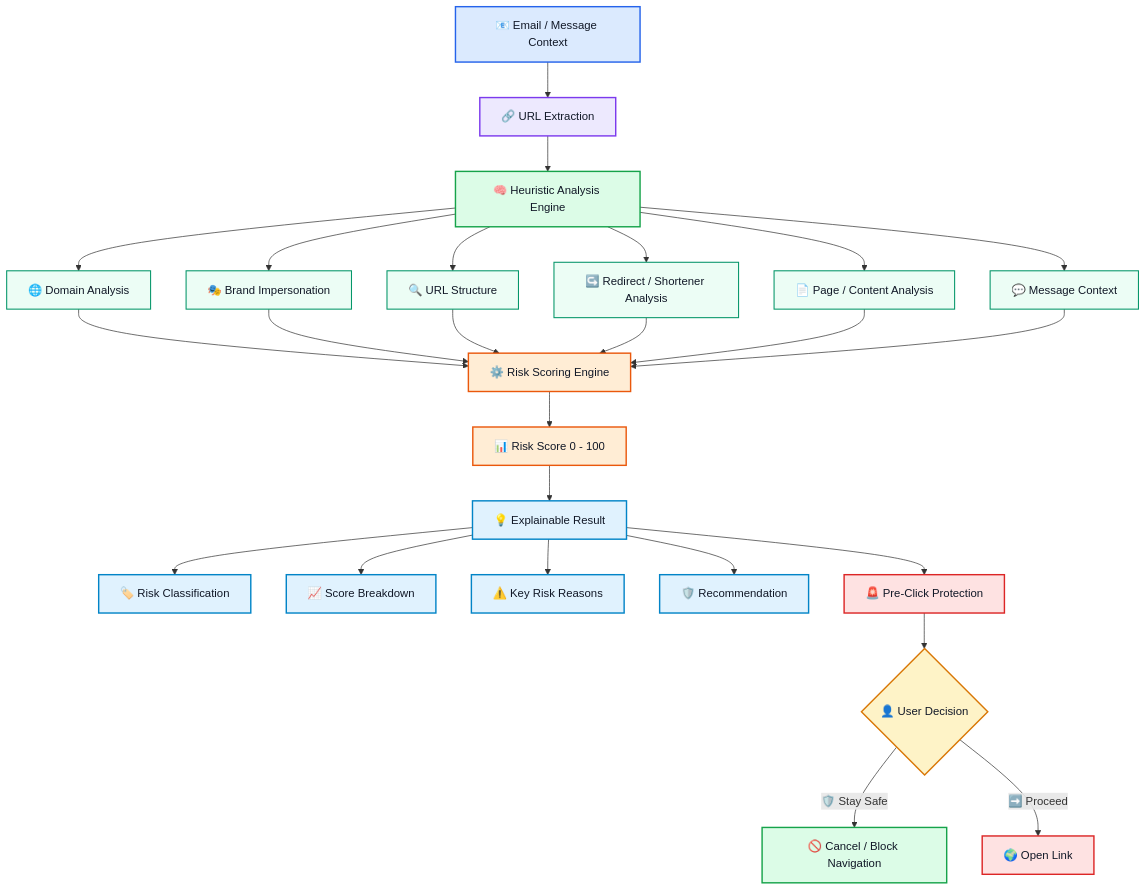
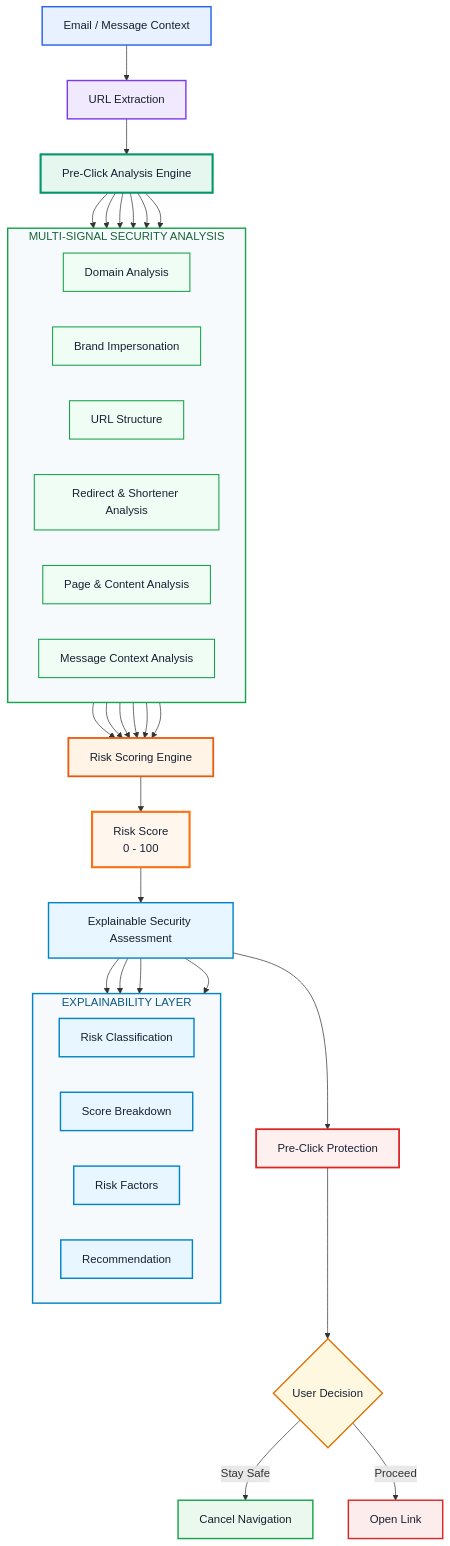
The diagram in README.md (suga-25/Pre-Click-Phishing-Detection-Engine), drawn with Mermaid before and after one commit.

Commit message:
README.md

````diff
--- a/README.md
+++ b/README.md
@@ -61,63 +61,103 @@
 ```mermaid
 flowchart TD
 
-    A["📧 Email / Message Context"] --> B["🔗 URL Extraction"]
+    A["Email / Message Context"] --> B["URL Extraction"]
+    B --> C["Pre-Click Analysis Engine"]
 
-    B --> C["🧠 Heuristic Analysis Engine"]
+    subgraph ANALYSIS["MULTI-SIGNAL SECURITY ANALYSIS"]
+        direction LR
 
-    C --> C1["🌐 Domain Analysis"]
-    C --> C2["🎭 Brand Impersonation"]
-    C --> C3["🔍 URL Structure"]
-    C --> C4["↪️ Redirect / Shortener Analysis"]
-    C --> C5["📄 Page / Content Analysis"]
-    C --> C6["💬 Message Context"]
+        C1["Domain Analysis"]
+        C2["Brand Impersonation"]
+        C3["URL Structure"]
+        C4["Redirect & Shortener Analysis"]
+        C5["Page & Content Analysis"]
+        C6["Message Context Analysis"]
+    end
 
-    C1 --> D["⚙️ Risk Scoring Engine"]
+    C --> C1
+    C --> C2
+    C --> C3
+    C --> C4
+    C --> C5
+    C --> C6
+
+    C1 --> D["Risk Scoring Engine"]
     C2 --> D
     C3 --> D
     C4 --> D
     C5 --> D
     C6 --> D
 
-    D --> E["📊 Risk Score 0 - 100"]
+    D --> E["Risk Score<br/>0 - 100"]
 
-    E --> F["💡 Explainable Result"]
+    E --> F["Explainable Security Assessment"]
 
-    F --> F1["🏷️ Risk Classification"]
-    F --> F2["📈 Score Breakdown"]
-    F --> F3["⚠️ Key Risk Reasons"]
-    F --> F4["🛡️ Recommendation"]
+    subgraph EXPLANATION["EXPLAINABILITY LAYER"]
+        direction LR
 
-    F --> G["🚨 Pre-Click Protection"]
+        F1["Risk Classification"]
+        F2["Score Breakdown"]
+        F3["Risk Factors"]
+        F4["Recommendation"]
+    end
 
-    G --> H{"👤 User Decision"}
+    F --> F1
+    F --> F2
+    F --> F3
+    F --> F4
 
-    H -->|"🛡️ Stay Safe"| I["🚫 Cancel / Block Navigation"]
-    H -->|"➡️ Proceed"| J["🌍 Open Link"]
+    F --> G["Pre-Click Protection"]
+    G --> H{"User Decision"}
+
+    H -->|Stay Safe| I["Cancel Navigation"]
+    H -->|Proceed| J["Open Link"]
 
 
-    %% Node Styles
-    classDef input fill:#dbeafe,stroke:#2563eb,stroke-width:2px,color:#111827;
-    classDef extraction fill:#ede9fe,stroke:#7c3aed,stroke-width:2px,color:#111827;
-    classDef engine fill:#dcfce7,stroke:#16a34a,stroke-width:2px,color:#111827;
-    classDef analysis fill:#ecfdf5,stroke:#059669,stroke-width:1.5px,color:#111827;
-    classDef scoring fill:#ffedd5,stroke:#ea580c,stroke-width:2px,color:#111827;
-    classDef explain fill:#e0f2fe,stroke:#0284c7,stroke-width:2px,color:#111827;
-    classDef protection fill:#fee2e2,stroke:#dc2626,stroke-width:2px,color:#111827;
-    classDef decision fill:#fef3c7,stroke:#d97706,stroke-width:2px,color:#111827;
-    classDef safe fill:#dcfce7,stroke:#16a34a,stroke-width:2px,color:#111827;
-    classDef danger fill:#fee2e2,stroke:#dc2626,stroke-width:2px,color:#111827;
+    %% Main flow colors
+    classDef input fill:#E8F1FF,stroke:#2563EB,stroke-width:2px,color:#172033;
+    classDef extraction fill:#F1EAFE,stroke:#7C3AED,stroke-width:2px,color:#172033;
+    classDef engine fill:#E6F7F0,stroke:#059669,stroke-width:3px,color:#172033;
+
+    %% Analysis colors
+    classDef analysis fill:#F0FDF4,stroke:#16A34A,stroke-width:1.5px,color:#172033;
+
+    %% Scoring colors
+    classDef scoring fill:#FFF4E5,stroke:#EA580C,stroke-width:2.5px,color:#172033;
+    classDef score fill:#FFF7ED,stroke:#F97316,stroke-width:3px,color:#172033;
+
+    %% Explanation colors
+    classDef explanation fill:#E8F7FF,stroke:#0284C7,stroke-width:2px,color:#172033;
+
+    %% Protection colors
+    classDef protection fill:#FFF0F0,stroke:#DC2626,stroke-width:2.5px,color:#172033;
+    classDef decision fill:#FFF8E1,stroke:#D97706,stroke-width:2px,color:#172033;
+
+    %% Final actions
+    classDef safe fill:#EAF8EE,stroke:#16A34A,stroke-width:2px,color:#172033;
+    classDef open fill:#FDECEC,stroke:#DC2626,stroke-width:2px,color:#172033;
 
 
-    %% Apply Styles
+    %% Apply colors
     class A input;
     class B extraction;
     class C engine;
+
     class C1,C2,C3,C4,C5,C6 analysis;
-    class D,E scoring;
-    class F,F1,F2,F3,F4 explain;
+
+    class D scoring;
+    class E score;
+
+    class F,F1,F2,F3,F4 explanation;
+
     class G protection;
     class H decision;
+
     class I safe;
-    class J danger;
+    class J open;
+
+
+    %% Subgraph styling
+    style ANALYSIS fill:#F7FAFC,stroke:#16A34A,stroke-width:2px,color:#166534;
+    style EXPLANATION fill:#F7FAFC,stroke:#0284C7,stroke-width:2px,color:#075985;
 ```
````
